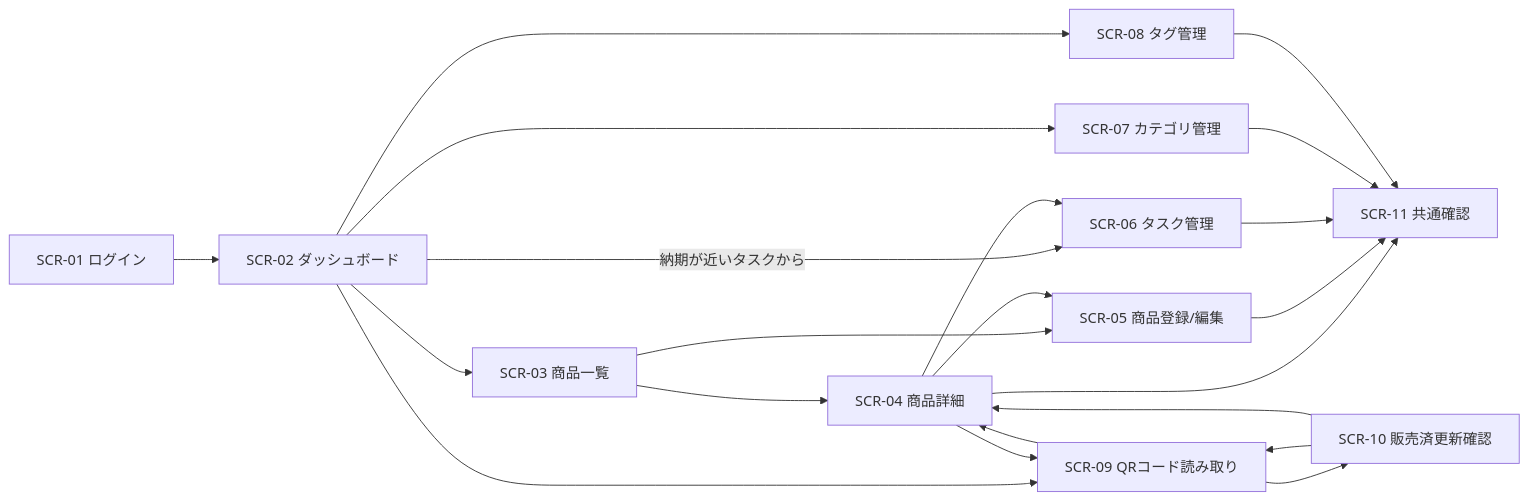
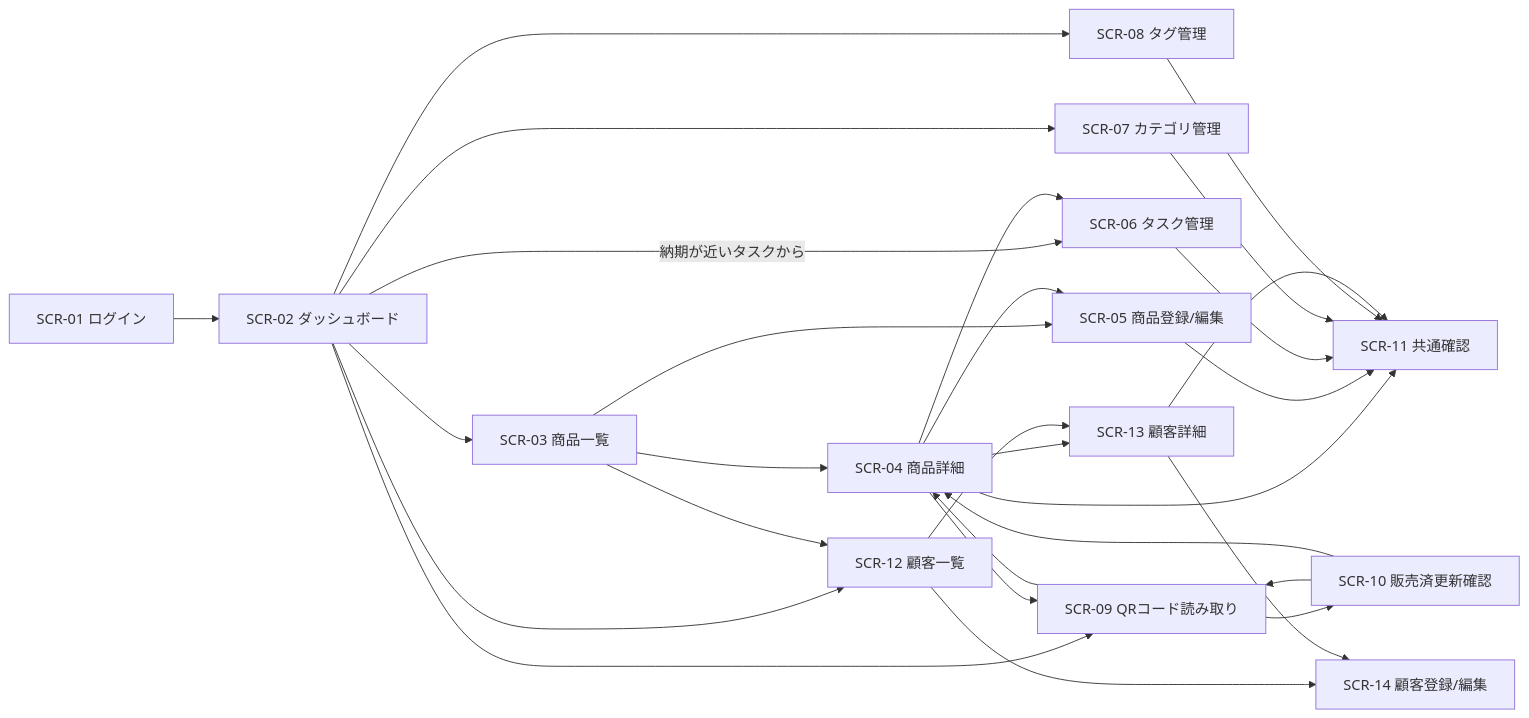
One commit to Cat5Dog2/Handmade_Item_Management changed the diagram in docs/screen_design.md. Above: the diagram before and after it, drawn with Mermaid. The commit also changed other lines of this file and 14 other files, not shown here.

````diff
--- a/docs/screen_design.md
+++ b/docs/screen_design.md
@@ -126,26 +131,33 @@
 ```mermaid
 flowchart LR
     A[SCR-01 ログイン] --> B[SCR-02 ダッシュボード]
     B --> C[SCR-03 商品一覧]
     B -->|納期が近いタスクから| F[SCR-06 タスク管理]
     B --> I[SCR-09 QRコード読み取り]
+    B --> L[SCR-12 顧客一覧]
     B --> G[SCR-07 カテゴリ管理]
     B --> H[SCR-08 タグ管理]
 
     C --> D[SCR-04 商品詳細]
     C --> E[SCR-05 商品登録/編集]
+    C --> L
 
     D --> E
     D --> F[SCR-06 タスク管理]
     D --> I
+    D --> M[SCR-13 顧客詳細]
     D --> K[SCR-11 共通確認]
 
     E --> K
     F --> K
     G --> K
     H --> K
+    L --> M[SCR-13 顧客詳細]
+    L --> N[SCR-14 顧客登録/編集]
+    M --> N
+    M --> K
     I --> J[SCR-10 販売済更新確認]
     I --> D
     J --> I
     J --> D
 ```
````
